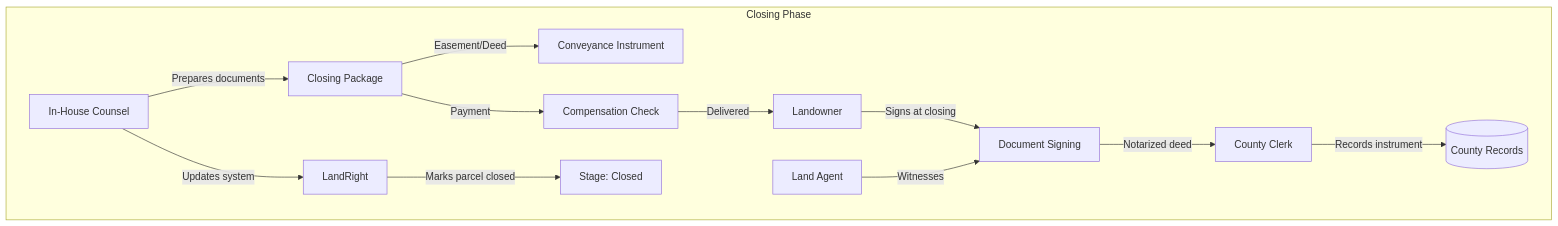
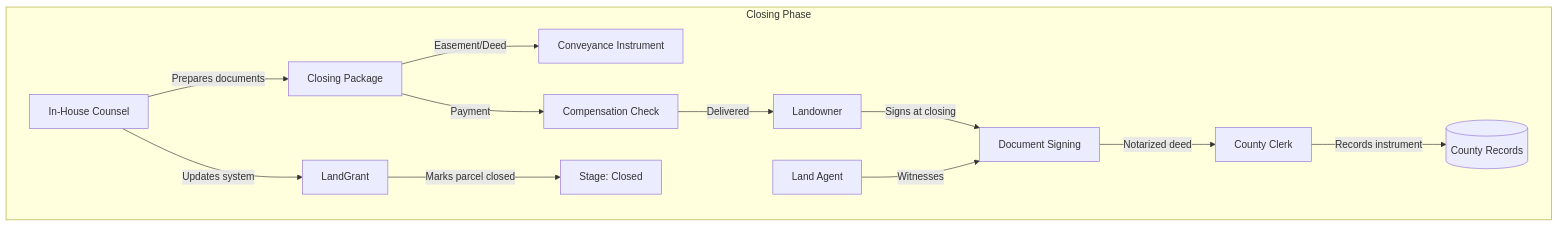
One commit to bennieking05/landgrant-mono changed the sixth of 9 diagrams in docs/eminent-domain-workflow.md. Above: the diagram before and after it, drawn with Mermaid. The commit also changed other lines of this file and 272 other files, not shown here.

First line of the commit message:
Rebrand to LandGrant and ship Phase 2/3 platform hardening

````diff
--- a/docs/eminent-domain-workflow.md
+++ b/docs/eminent-domain-workflow.md
@@ -208,19 +208,19 @@
 ```mermaid
 flowchart TD
     subgraph closing [Closing Phase]
         Counsel[In-House Counsel] -->|Prepares documents| Docs[Closing Package]
         Docs -->|Easement/Deed| Instrument[Conveyance Instrument]
         Docs -->|Payment| Check[Compensation Check]
         
         Owner[Landowner] -->|Signs at closing| Signing[Document Signing]
         Agent[Land Agent] -->|Witnesses| Signing
         
         Signing -->|Notarized deed| Recording[County Clerk]
         Recording -->|Records instrument| County[(County Records)]
         
         Check -->|Delivered| Owner
         
-        Counsel -->|Updates system| LR[LandRight]
+        Counsel -->|Updates system| LR[LandGrant]
         LR -->|Marks parcel closed| Status[Stage: Closed]
     end
 ```
````
